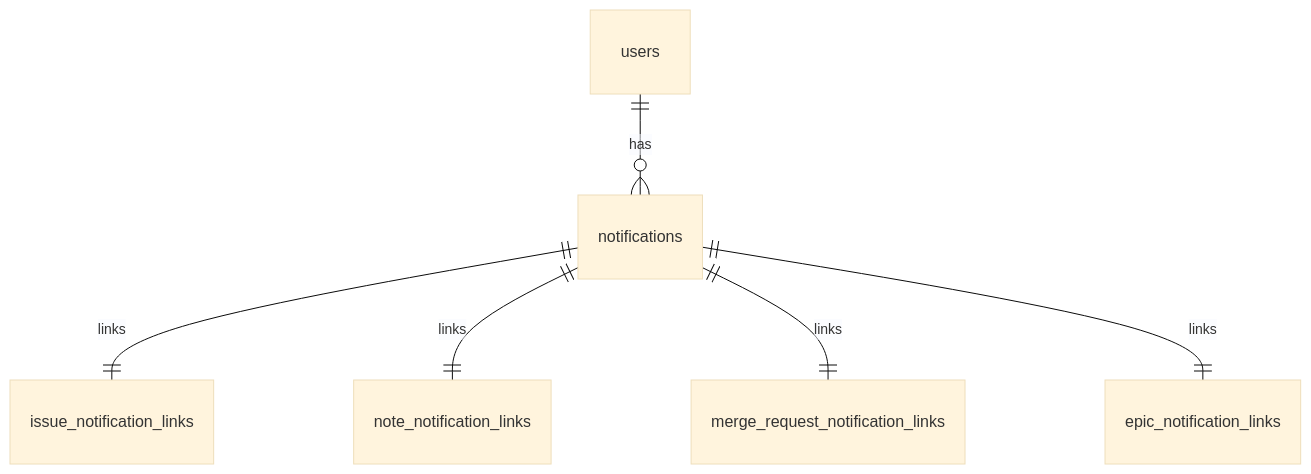
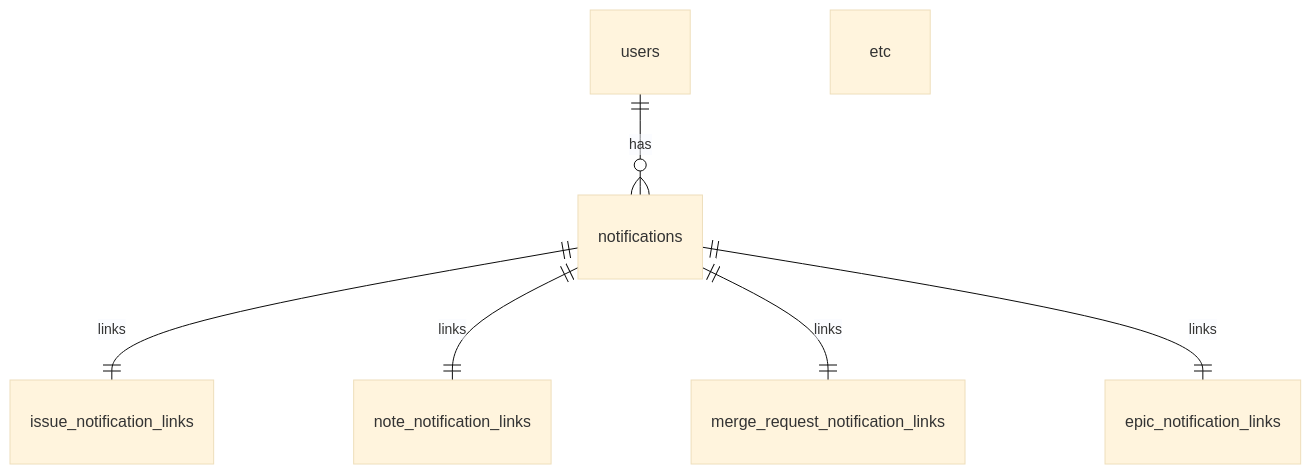
The first of 3 diagrams in content/handbook/engineering/architecture/design-documents/notifications/_index.md (zalyoung/gitlab-handbook), drawn with Mermaid (base theme) before and after one commit. The commit also changed other lines of this file, not shown here.

````diff
--- a/content/handbook/engineering/architecture/design-documents/notifications/_index.md
+++ b/content/handbook/engineering/architecture/design-documents/notifications/_index.md
@@ -182,8 +198,8 @@
 ```mermaid
 erDiagram
   users ||--o{ notifications : has
   notifications ||--|| issue_notification_links : links
   notifications ||--|| note_notification_links : links
   notifications ||--|| merge_request_notification_links : links
-  notifications ||--|| epic_notification_links : links
+  notifications ||--|| epic_notification_links : links etc
 ```
````
